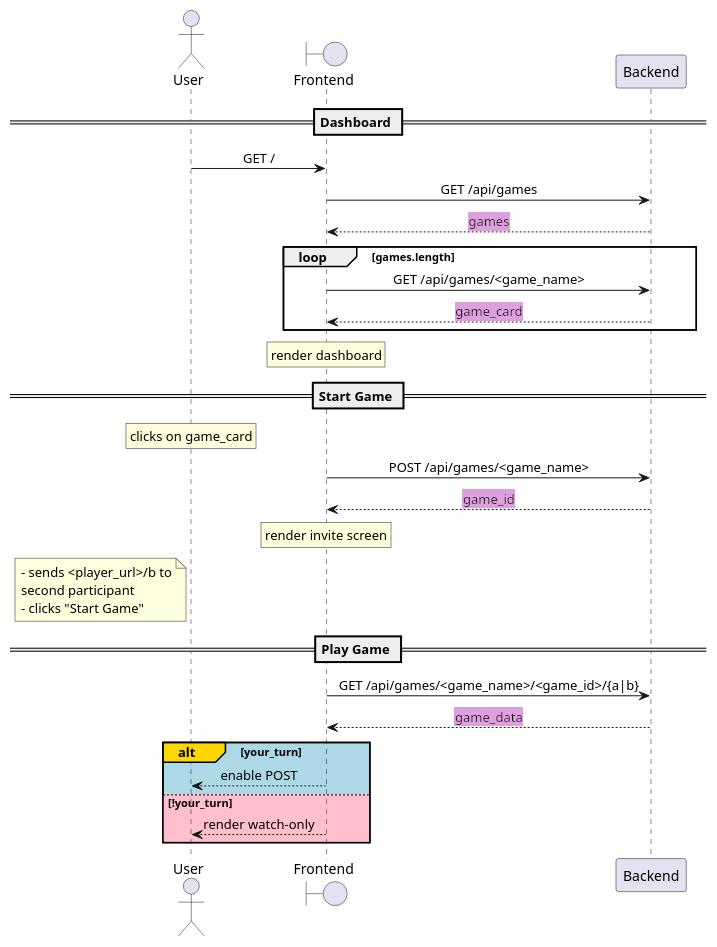
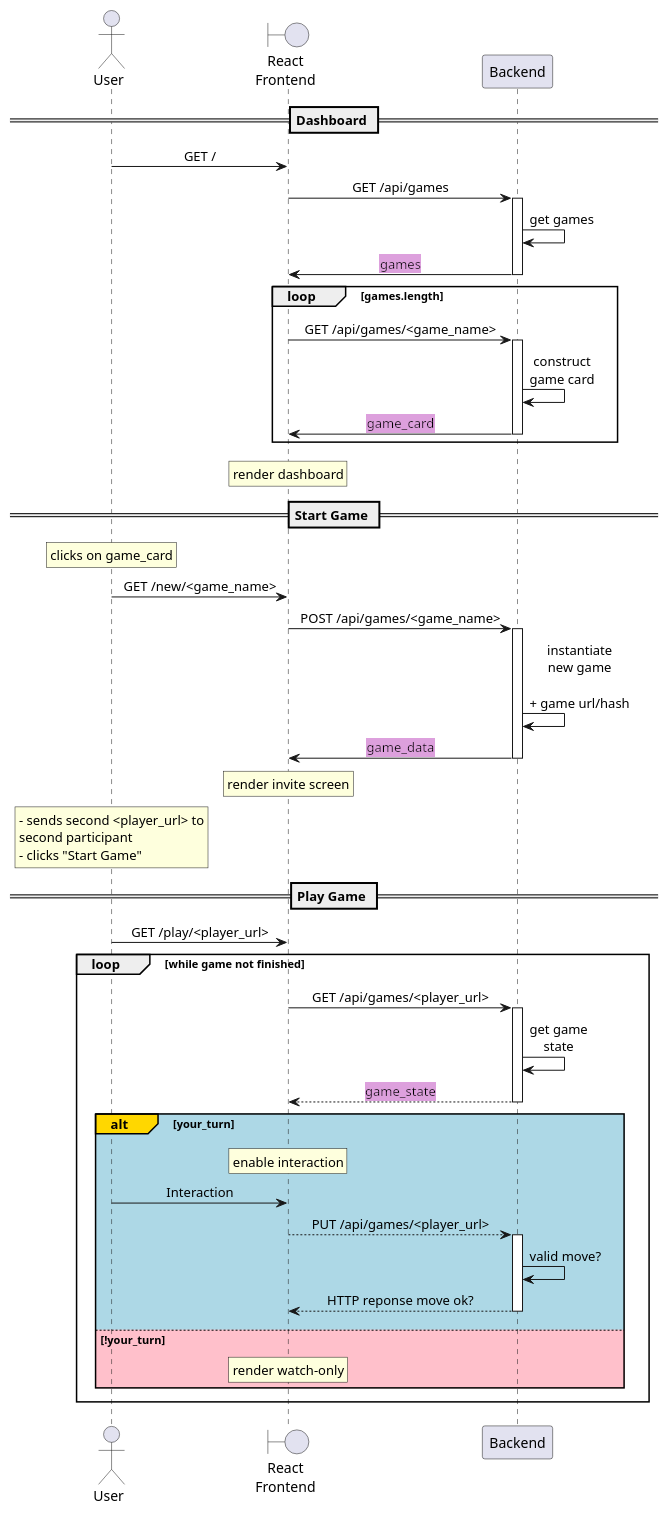
Before and after one commit to games2click/games2click.github.io: the diagram in docs/technical_documentation/architecture.md, drawn with PlantUML. The commit also changed other lines of this file, not shown here.

Commit message:
UML sequence diagram for api/route identification

````diff
--- a/docs/technical_documentation/architecture.md
+++ b/docs/technical_documentation/architecture.md
@@ -11,43 +13,58 @@
 ```plantuml
-
+!pragma teoz true
 skinparam sequenceMessageAlign center
 
 actor User
-boundary Frontend
+boundary "React\nFrontend"
 participant Backend
 
 == Dashboard ==
-User -> Frontend : GET /
-Frontend -> Backend : GET /api/games
-return <back:plum>games</back>
+User -> "React\nFrontend" : GET /
+"React\nFrontend" -> Backend++ : GET /api/games
+Backend -> Backend: get games
+Backend -> "React\nFrontend"--: <back:plum>games</back>
 
 loop games.length
-  Frontend -> Backend : GET /api/games/<game_name>
-  return <back:plum>game_card</back>
+  "React\nFrontend" -> Backend++ : GET /api/games/<game_name>
+  Backend -> Backend: construct\ngame card
+  Backend -> "React\nFrontend"--: <back:plum>game_card</back>
 end
-rnote over Frontend: render dashboard
+rnote over "React\nFrontend": render dashboard
 
 == Start Game ==
 rnote over User: clicks on game_card
-Frontend -> Backend: POST /api/games/<game_name>
-return <back:plum>game_id</back>
+User -> "React\nFrontend" : GET /new/<game_name>
+"React\nFrontend" -> Backend++: POST /api/games/<game_name>
+Backend -> Backend: instantiate\nnew game\n\n+ game url/hash
+Backend -> "React\nFrontend"--:  <back:plum>game_data</back>
 
-rnote over Frontend: render invite screen
+rnote over "React\nFrontend": render invite screen
 
-note left of User
-  - sends <player_url>/b to
+rnote over User
+  - sends second <player_url> to
   second participant
   - clicks "Start Game"
 end note
 
 == Play Game ==
 
-Frontend -> Backend: GET /api/games/<game_name>/<game_id>/{a|b}
-return <back:plum>game_data</back>
-alt#Gold #LightBlue your_turn
-  Frontend --> User: enable POST
-else #Pink !your_turn
-  Frontend --> User: render watch-only
+User -> "React\nFrontend" : GET /play/<player_url>
+loop while game not finished
+"React\nFrontend" -> Backend++: GET /api/games/<player_url>
+  Backend -> Backend: get game\nstate
+  Backend --> "React\nFrontend"--:  <back:plum>game_state</back>
+  alt#Gold #LightBlue your_turn
+    rnote over "React\nFrontend": enable interaction
+    User -> "React\nFrontend": Interaction
+    "React\nFrontend" --> Backend++: PUT /api/games/<player_url>
+    Backend -> Backend: valid move?
+    Backend --> "React\nFrontend"--: HTTP reponse move ok?
+  else #Pink !your_turn
+    rnote over "React\nFrontend": render watch-only
+  end
 end
 
+
+
+
 ```
````
